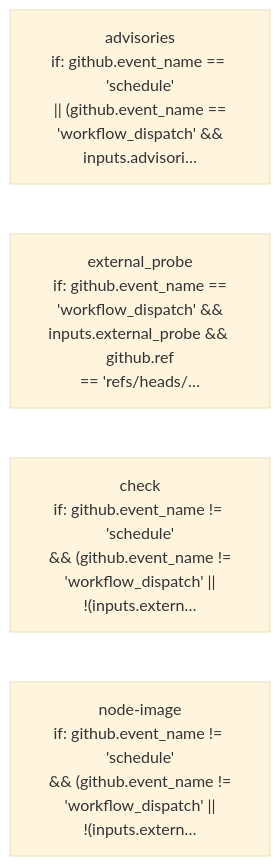
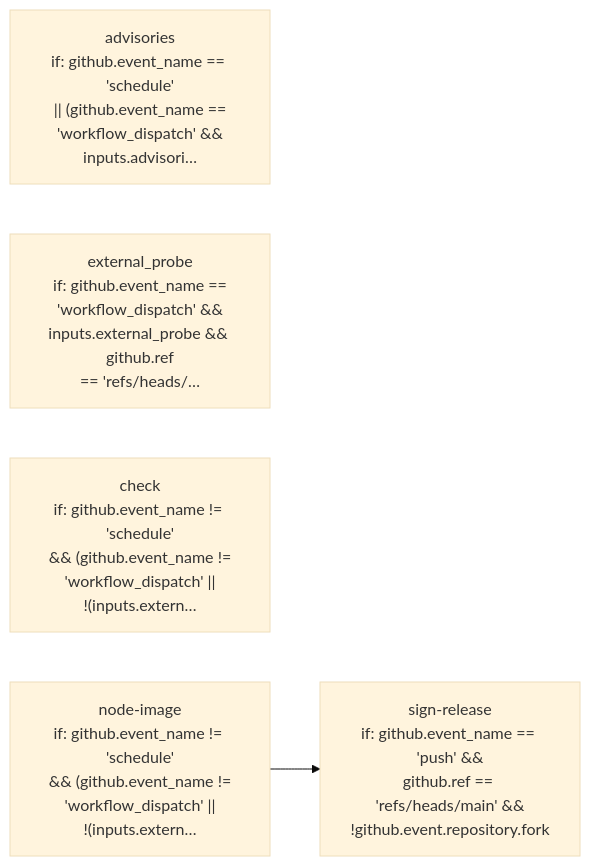
The diagram in docs/architecture/mermaider/ci-pipeline.mmd (amerged-org/cloudflare-postgres), drawn with Mermaid (base theme) before and after one commit. The commit also changed 18 other files, not shown here.

```diff
--- a/docs/architecture/mermaider/ci-pipeline.mmd
+++ b/docs/architecture/mermaider/ci-pipeline.mmd
@@ -1,5 +1,7 @@
 flowchart LR
     n_a6e574012643["advisories<br/>if: github.event_name == 'schedule'<br/>|| (github.event_name ==<br/>'workflow_dispatch' #38;#38;<br/>inputs.advisori…"]
+    n_961dc845a911["sign-release<br/>if: github.event_name == 'push' #38;#38;<br/>github.ref == 'refs/heads/main' #38;#38;<br/>!github.event.repository.fork"]
     n_d92200072b60["external_probe<br/>if: github.event_name ==<br/>'workflow_dispatch' #38;#38;<br/>inputs.external_probe #38;#38; github.ref<br/>== 'refs/heads/…"]
     n_58381b3e9536["check<br/>if: github.event_name != 'schedule'<br/>#38;#38; (github.event_name !=<br/>'workflow_dispatch' ||<br/>!(inputs.extern…"]
     n_20a964d54b2b["node-image<br/>if: github.event_name != 'schedule'<br/>#38;#38; (github.event_name !=<br/>'workflow_dispatch' ||<br/>!(inputs.extern…"]
+    n_20a964d54b2b --> n_961dc845a911
```
